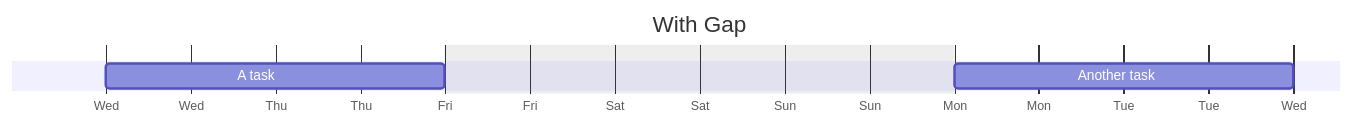
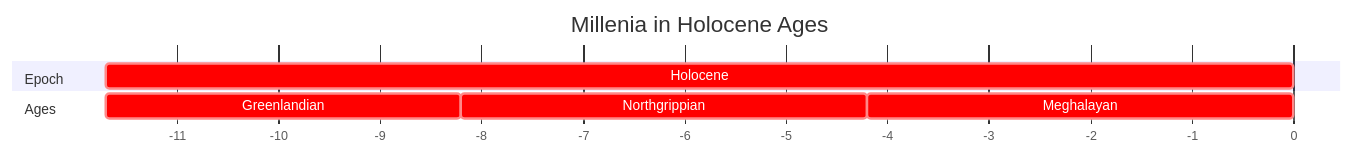
The seventh of 7 diagrams in geo/geo~Eons.md (SpocWiki/_Standards), drawn with Mermaid before and after one commit. The commit also changed other lines of this file and 170 other files, not shown here.

Commit message:
Gantt Charts for Eons etc.

````diff
--- a/geo/geo~Eons.md
+++ b/geo/geo~Eons.md
@@ -24,11 +329,22 @@
 ```mermaid
 ---
 displayMode: compact
 ---
-gantt 
-    title With Gap 
-    excludes    Sunday, Friday, Saturday 
-    axisFormat %a
-    A task           :a1, 2020-03-11, 2d
-    Another task     :after a1  , 2d
+gantt
+    title Millenia in Holocene Ages 
+    dateFormat x
+    axisFormat %s
+    tickInterval 1000year
+    
+
+section Epoch 
+
+Holocene: crit, -11700, 0
+
+section Ages 
+
+Greenlandian: crit, -11700, -8200
+Northgrippian: crit, -8200, -4200
+Meghalayan: crit, -4200, 0
+
 ```
````
